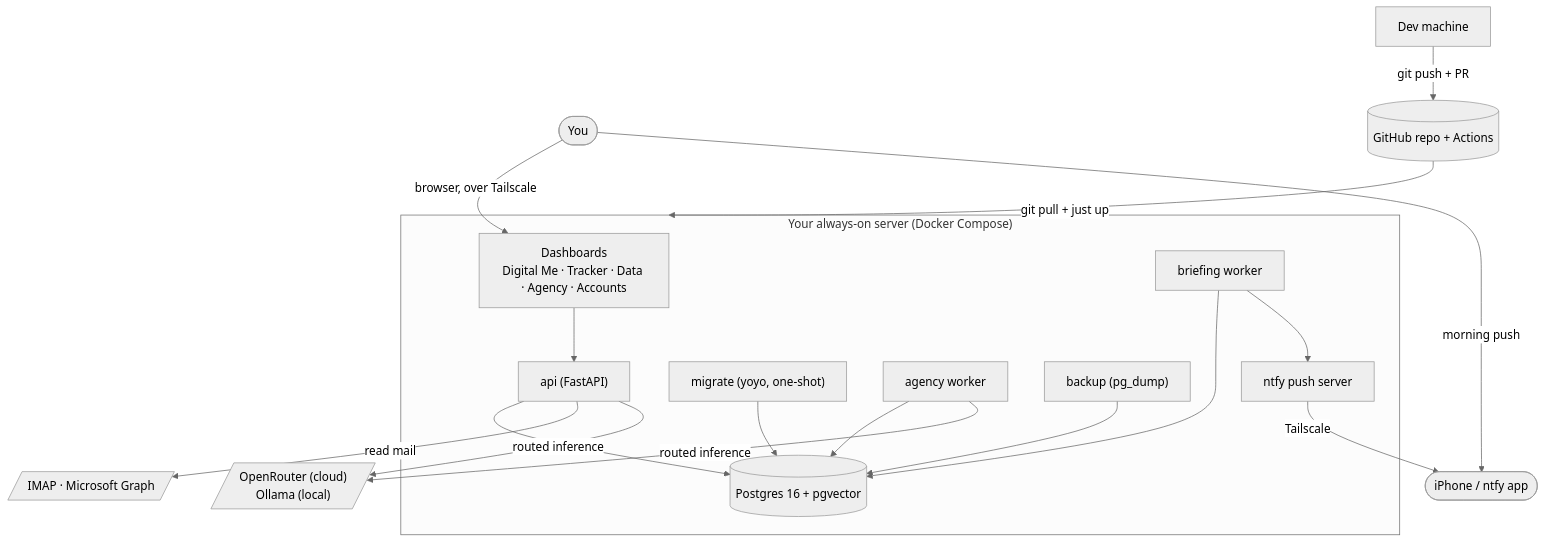
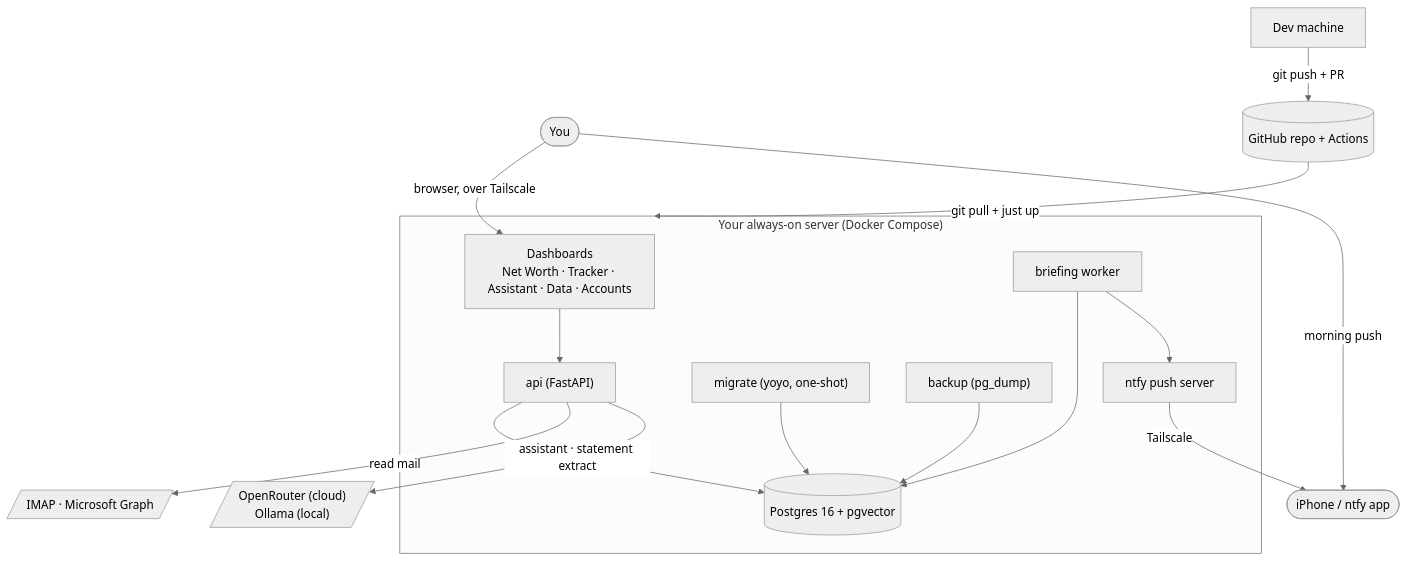
One commit to chiranjeevigundu/aadyon-assist changed the first of 2 diagrams in SYSTEM.md. Above: the diagram before and after it, drawn with Mermaid (neutral theme). The commit also changed other lines of this file and 8 other files, not shown here.

First line of the commit message:
docs: refresh all docs for the financial / net-worth refocus

````diff
--- a/SYSTEM.md
+++ b/SYSTEM.md
@@ -34,24 +37,22 @@
 ```mermaid
 flowchart TD
-  you([You]) -->|browser, over Tailscale| dash["Dashboards<br/>Digital Me · Tracker · Data · Agency · Accounts"]
+  you([You]) -->|browser, over Tailscale| dash["Dashboards<br/>Net Worth · Tracker · Assistant · Data · Accounts"]
   you -->|morning push| phone([iPhone / ntfy app])
 
   subgraph host["Your always-on server (Docker Compose)"]
     dash --> api["api (FastAPI)"]
     api --> db[("Postgres 16 + pgvector")]
     migrate["migrate (yoyo, one-shot)"] --> db
     briefing["briefing worker"] --> db
-    agency["agency worker"] --> db
     backup["backup (pg_dump)"] --> db
     ntfy["ntfy push server"]
     briefing --> ntfy
   end
 
   ntfy -->|Tailscale| phone
   api -->|read mail| mail[/"IMAP · Microsoft Graph"/]
-  agency -->|routed inference| models[/"OpenRouter (cloud)<br/>Ollama (local)"/]
-  api -->|routed inference| models
+  api -->|assistant · statement extract| models[/"OpenRouter (cloud)<br/>Ollama (local)"/]
 
   laptop["Dev machine"] -->|git push + PR| gh[("GitHub repo + Actions")]
   gh -->|git pull + just up| host
 ```
````
